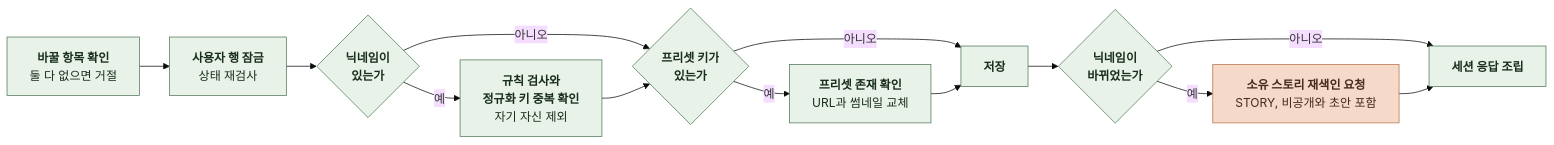
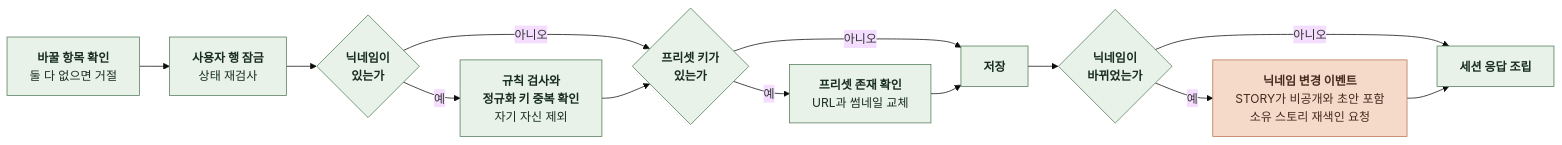
The tenth of 16 diagrams in docs/domain/ACCOUNT/BACKEND/4-1-PIPELINES.md (KIM-N-KANG/knk-harness), drawn with Mermaid (base theme) before and after one commit. The commit also changed 17 other files, not shown here.

````diff
--- a/docs/domain/ACCOUNT/BACKEND/4-1-PIPELINES.md
+++ b/docs/domain/ACCOUNT/BACKEND/4-1-PIPELINES.md
@@ -340,29 +340,30 @@
 ```mermaid
 %%{init: {"flowchart": {"curve": "basis", "nodeSpacing": 24, "rankSpacing": 40}}}%%
 flowchart LR
     A["`**바꿀 항목 확인**
 둘 다 없으면 거절`"] --> B["`**사용자 행 잠금**
 상태 재검사`"]
     B --> C{"`**닉네임이
 있는가**`"}
     C -->|예| D["`**규칙 검사와
 정규화 키 중복 확인**
 자기 자신 제외`"]
     C -->|아니오| E{"`**프리셋 키가
 있는가**`"}
     D --> E
     E -->|예| F["`**프리셋 존재 확인**
 URL과 썸네일 교체`"]
     E -->|아니오| G["`**저장**`"]
     F --> G
     G --> H{"`**닉네임이
 바뀌었는가**`"}
-    H -->|예| I["`**소유 스토리 재색인 요청**
-STORY, 비공개와 초안 포함`"]
+    H -->|예| I["`**닉네임 변경 이벤트**
+STORY가 비공개와 초안 포함
+소유 스토리 재색인 요청`"]
     H -->|아니오| J["`**세션 응답 조립**`"]
     I --> J
     classDef comp fill:#E8F2E8,stroke:#527A59,color:#182D1D
     classDef task fill:#F5D9C9,stroke:#B97450,color:#452B1D
     class A,B,C,D,E,F,G,H,J comp
     class I task
 ```
````
